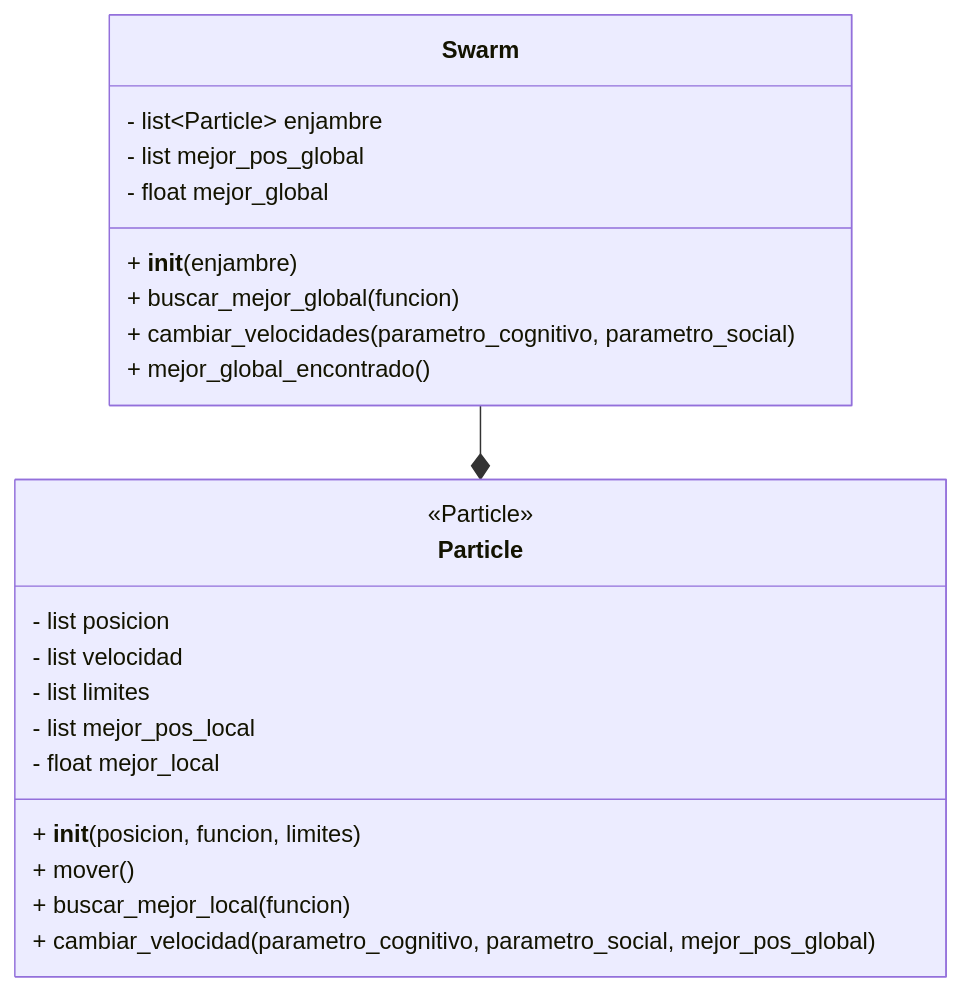
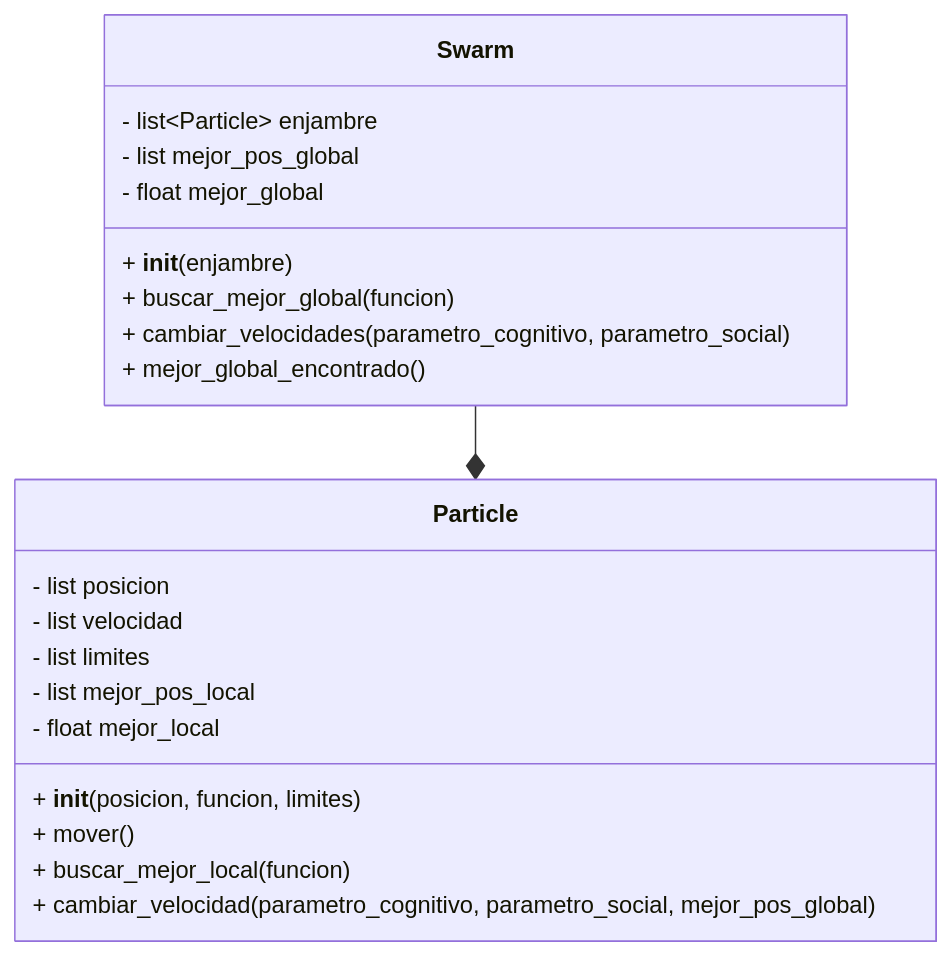
The diagram in README.md (SebastianCespedes12/Proyecto_POO), drawn with Mermaid before and after one commit.

````diff
--- a/README.md
+++ b/README.md
@@ -6,25 +6,24 @@
 ```mermaid
 classDiagram
        class Swarm {
         - list~Particle~ enjambre
         - list mejor_pos_global
         - float mejor_global
         + __init__(enjambre)
         + buscar_mejor_global(funcion)
         + cambiar_velocidades(parametro_cognitivo, parametro_social)
         + mejor_global_encontrado()
     }
     class Particle {
-        <<Particle>>
         - list posicion
         - list velocidad
         - list limites
         - list mejor_pos_local
         - float mejor_local
         + __init__(posicion, funcion, limites)
         + mover()
         + buscar_mejor_local(funcion)
         + cambiar_velocidad(parametro_cognitivo, parametro_social, mejor_pos_global)
     }
     Swarm --* Particle
 ```
````
